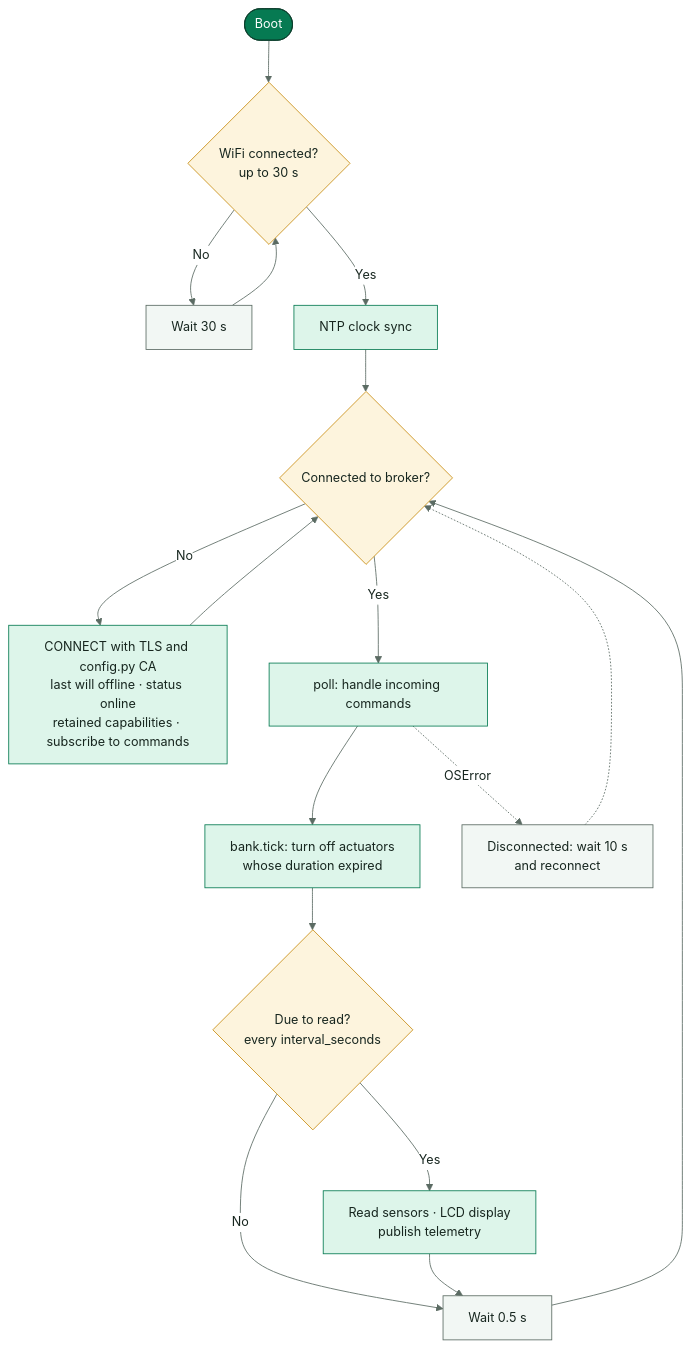
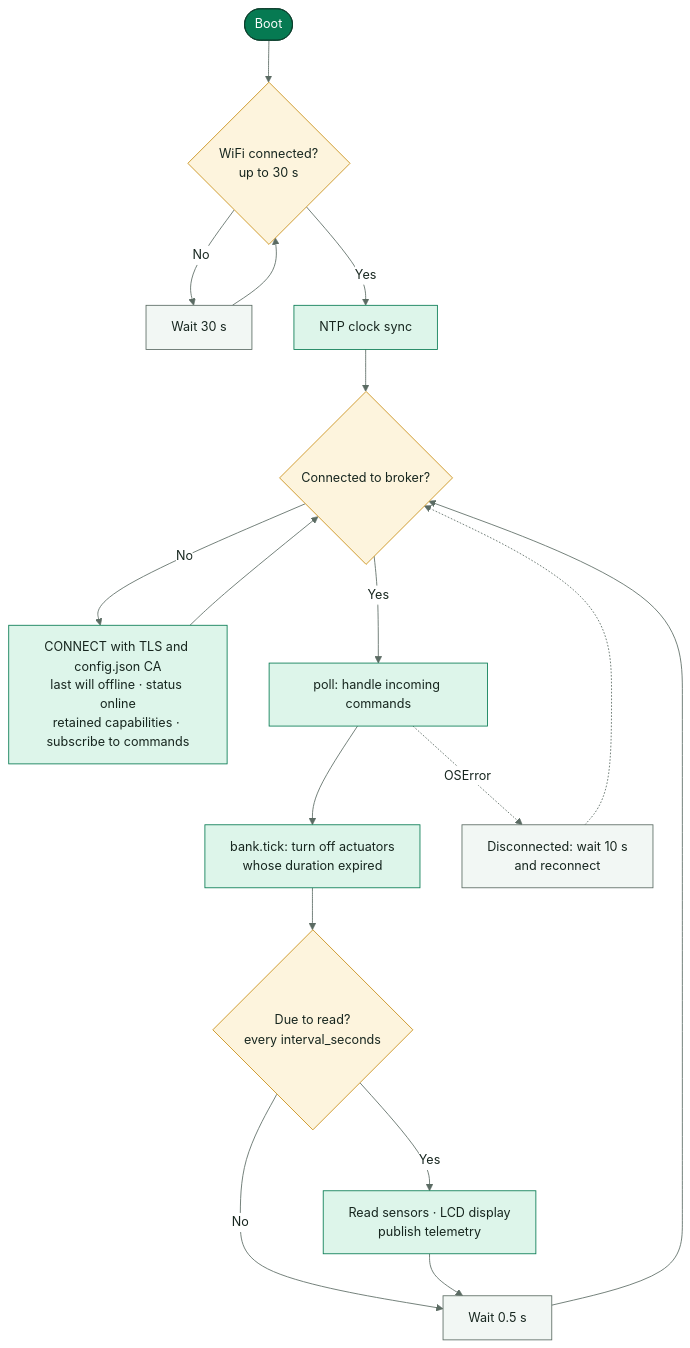
The second of 3 diagrams in docs/SmartPot_IoT_Documentation.md (SmartPotTech/SmartPot-IoT-Python), drawn with Mermaid before and after one commit. The commit also changed other lines of this file and 8 other files, not shown here.

First line of the commit message:
Document config.json as the device configuration file [skip deploy]

````diff
--- a/docs/SmartPot_IoT_Documentation.md
+++ b/docs/SmartPot_IoT_Documentation.md
@@ -102,28 +102,28 @@
 ```mermaid
 %%{init: {"theme": "base", "fontFamily": "Segoe UI, Arial, sans-serif", "themeVariables": {"fontFamily": "Segoe UI, Arial, sans-serif", "fontSize": "15px", "primaryColor": "#DDF5EA", "primaryTextColor": "#17261F", "primaryBorderColor": "#067A52", "secondaryColor": "#E3F2FB", "secondaryTextColor": "#17261F", "secondaryBorderColor": "#1F6FA0", "tertiaryColor": "#F2F7F4", "tertiaryTextColor": "#17261F", "tertiaryBorderColor": "#D5E3DC", "lineColor": "#5B6B63", "textColor": "#17261F", "mainBkg": "#DDF5EA", "nodeBorder": "#067A52", "clusterBkg": "#F7FAF8", "clusterBorder": "#D5E3DC", "edgeLabelBackground": "#FFFFFF", "actorBkg": "#067A52", "actorBorder": "#0B3D2B", "actorTextColor": "#FFFFFF", "actorLineColor": "#5B6B63", "signalColor": "#17261F", "signalTextColor": "#17261F", "labelBoxBkgColor": "#0B3D2B", "labelBoxBorderColor": "#0B3D2B", "labelTextColor": "#FFFFFF", "loopTextColor": "#0B3D2B", "noteBkgColor": "#FDF4DD", "noteBorderColor": "#C98D12", "noteTextColor": "#17261F", "activationBkgColor": "#DDF5EA", "activationBorderColor": "#067A52", "attributeBackgroundColorOdd": "#FFFFFF", "attributeBackgroundColorEven": "#F2F7F4"}}}%%
 flowchart TB
   boot(["Boot"]) --> wifi{"WiFi connected?<br/>up to 30 s"}
   wifi -->|"No"| wait["Wait 30 s"] --> wifi
   wifi -->|"Yes"| ntp["NTP clock sync"]
   ntp --> mqtt{"Connected to broker?"}
-  mqtt -->|"No"| connect["CONNECT with TLS and config.py CA<br/>last will offline · status online<br/>retained capabilities · subscribe to commands"]
+  mqtt -->|"No"| connect["CONNECT with TLS and config.json CA<br/>last will offline · status online<br/>retained capabilities · subscribe to commands"]
   connect --> mqtt
   mqtt -->|"Yes"| poll["poll: handle incoming commands"]
   poll --> tick["bank.tick: turn off actuators<br/>whose duration expired"]
   tick --> due{"Due to read?<br/>every interval_seconds"}
   due -->|"Yes"| read["Read sensors · LCD display<br/>publish telemetry"]
   due -->|"No"| sleep["Wait 0.5 s"]
   read --> sleep --> mqtt
   poll -.->|"OSError"| lost["Disconnected: wait 10 s<br/>and reconnect"] -.-> mqtt
   classDef leaf fill:#DDF5EA,stroke:#067A52,color:#17261F
   classDef water fill:#E3F2FB,stroke:#1F6FA0,color:#17261F
   classDef sun fill:#FDF4DD,stroke:#C98D12,color:#17261F
   classDef clay fill:#FBE9E1,stroke:#B85A38,color:#17261F
   classDef core fill:#067A52,stroke:#0B3D2B,color:#FFFFFF
   classDef deep fill:#0B3D2B,stroke:#06281C,color:#FFFFFF
   classDef muted fill:#F2F7F4,stroke:#5B6B63,color:#17261F
   class boot core
   class wifi,mqtt,due sun
   class wait,sleep,lost muted
   class ntp,connect,poll,tick,read leaf
 ```
````
